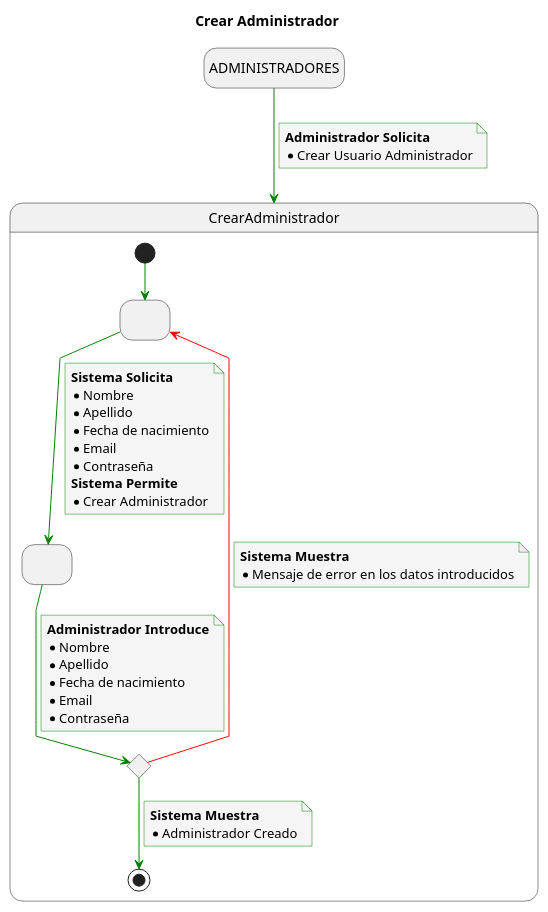
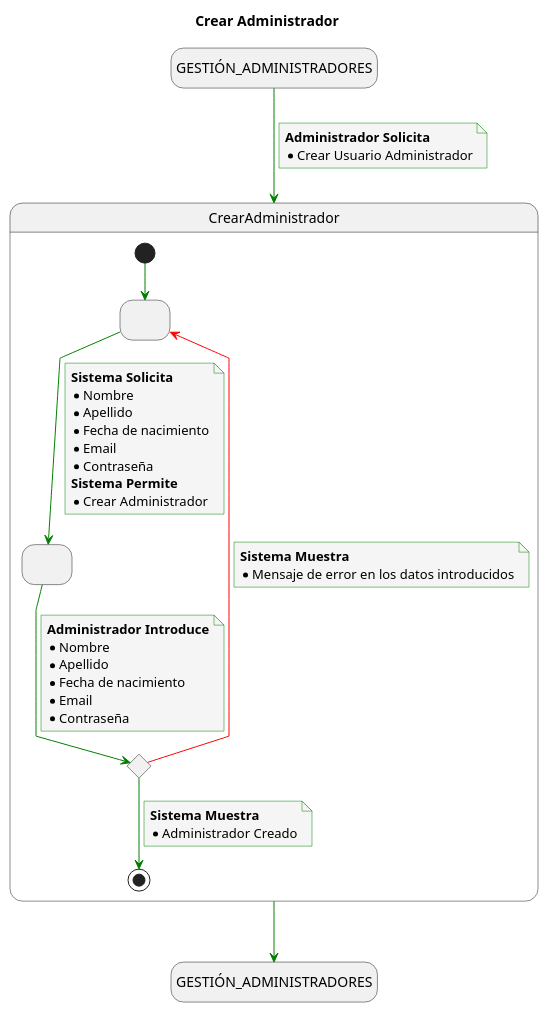
One commit to mmasias/23-24-IdSw1-SDR changed the diagram in Caso_de_Uso/Casos_de_Uso/Usuarios/Administrador/CRUD_Administradores/Crear_Administrador/Caso_de_Uso.puml. Above: the diagram before and after it, drawn with PlantUML. The commit also changed 59 other files, not shown here.

```diff
--- a/Caso_de_Uso/Casos_de_Uso/Usuarios/Administrador/CRUD_Administradores/Crear_Administrador/Caso_de_Uso.puml
+++ b/Caso_de_Uso/Casos_de_Uso/Usuarios/Administrador/CRUD_Administradores/Crear_Administrador/Caso_de_Uso.puml
@@ -1,65 +1,68 @@
 @startuml
 
 title Crear Administrador
 
 skinparam {
     NoteBackgroundColor #whiteSmoke
     ArrowColor #green
     NoteBorderColor #green
     linetype polyline
 }
 
 hide empty description
 
-state startState as "ADMINISTRADORES"
+state startState as "GESTIÓN_ADMINISTRADORES"
+state endState as "GESTIÓN_ADMINISTRADORES"
 
 startState --> CrearAdministrador
 note on link
     <b>Administrador Solicita</b>
     * Crear Usuario Administrador
 end note
+
+CrearAdministrador --> endState
 
 state CrearAdministrador {
 state 2 as " "
 state 3 as " "
 state 4 <<choice>>
 
 [*] -down-> 2
 
 2 -down-> 3
 note on link
 <b>Sistema Solicita</b>
 * Nombre
 * Apellido
 * Fecha de nacimiento
 * Email
 * Contraseña
 <b>Sistema Permite</b>
 * Crear Administrador
 end note
 
 3 -down-> 4
 note on link
 <b>Administrador Introduce</b>
 * Nombre
 * Apellido
 * Fecha de nacimiento
 * Email
 * Contraseña
 end note
 
 4 -down-> [*]
 note on link
 <b>Sistema Muestra</b>
 * Administrador Creado
 end note
 
 4 -[#red]-> 2
 note on link
 <b>Sistema Muestra</b>
 * Mensaje de error en los datos introducidos
 end note
 
 }
 
 @enduml
```
